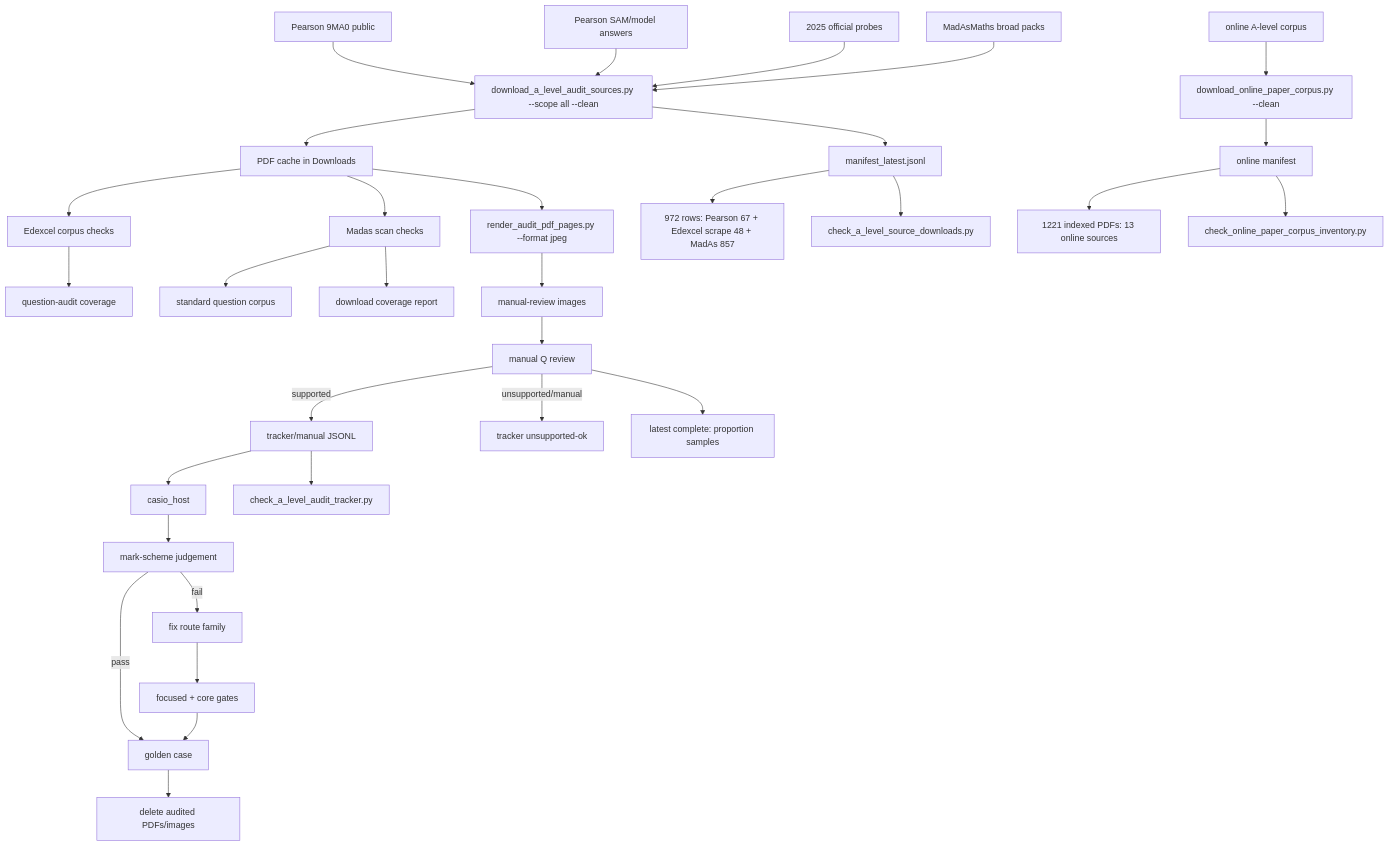
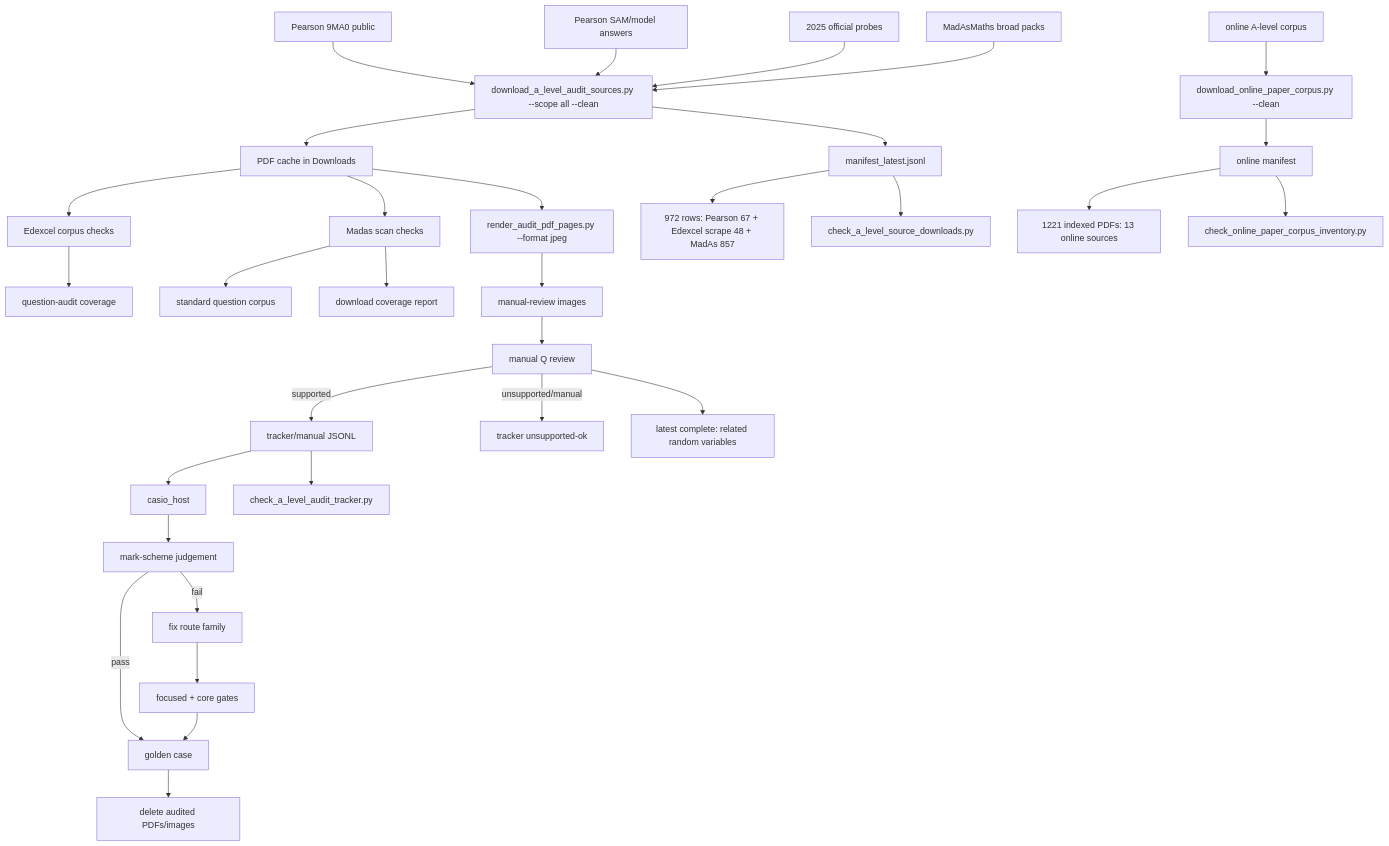
The diagram in c++/tools/golden/a_level_audit_graph.md (james8464/notes-addin-casio-fx-cg50), drawn with Mermaid before and after one commit. The commit also changed other lines of this file and 2 other files, not shown here.

Commit message:
Audit related random variables booklet

````diff
--- a/c++/tools/golden/a_level_audit_graph.md
+++ b/c++/tools/golden/a_level_audit_graph.md
@@ -3,34 +3,34 @@
 ```mermaid
 graph TD
   E1["Pearson 9MA0 public"] --> D["download_a_level_audit_sources.py --scope all --clean"]
   E2["Pearson SAM/model answers"] --> D
   E3["2025 official probes"] --> D
   M1["MadAsMaths broad packs"] --> D
   O1["online A-level corpus"] --> OD["download_online_paper_corpus.py --clean"]
   D --> P["PDF cache in Downloads"]
   D --> X["manifest_latest.jsonl"]
   OD --> OX["online manifest"]
   X --> XC["972 rows: Pearson 67 + Edexcel scrape 48 + MadAs 857"]
   OX --> OC["1221 indexed PDFs: 13 online sources"]
   X --> V["check_a_level_source_downloads.py"]
   OX --> OV["check_online_paper_corpus_inventory.py"]
   P --> E["Edexcel corpus checks"]
   E --> EQ["question-audit coverage"]
   P --> S["Madas scan checks"]
   S --> M["standard question corpus"]
   S --> MC["download coverage report"]
   P --> R["render_audit_pdf_pages.py --format jpeg"]
   R --> I["manual-review images"]
   I --> Q["manual Q review"]
   Q -->|supported| J["tracker/manual JSONL"]
   Q -->|unsupported/manual| U["tracker unsupported-ok"]
   J --> H["casio_host"]
   J --> K["check_a_level_audit_tracker.py"]
   H --> C["mark-scheme judgement"]
   C -->|pass| G["golden case"]
   C -->|fail| F["fix route family"]
   F --> T["focused + core gates"]
   T --> G
   G --> Z["delete audited PDFs/images"]
-  Q --> QProp["latest complete: proportion samples"]
+  Q --> QRelated["latest complete: related random variables"]
 ```
````
